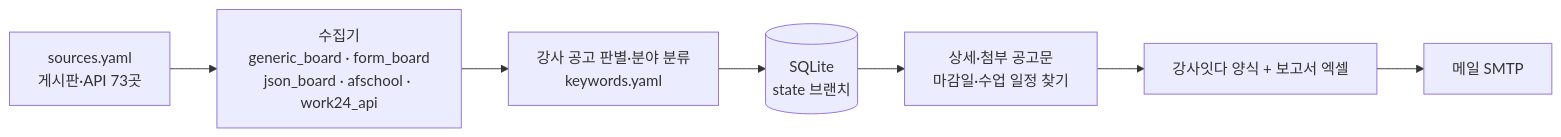
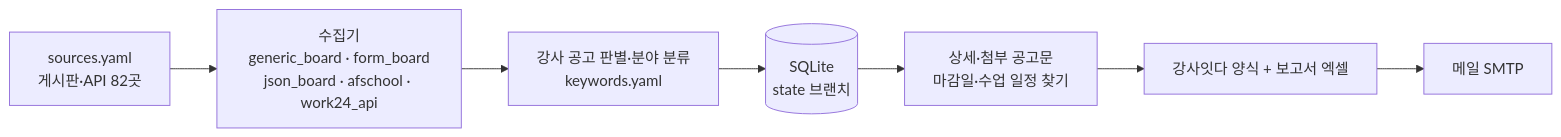
The diagram in docs/DESIGN.md (thskal17-sudo/busan-school-company), drawn with Mermaid before and after one commit. The commit also changed other lines of this file and 6 other files, not shown here.

````diff
--- a/docs/DESIGN.md
+++ b/docs/DESIGN.md
@@ -29,9 +29,9 @@
 ```mermaid
 flowchart LR
-    S[sources.yaml<br/>게시판·API 73곳] --> C[수집기<br/>generic_board · form_board<br/>json_board · afschool · work24_api]
+    S[sources.yaml<br/>게시판·API 82곳] --> C[수집기<br/>generic_board · form_board<br/>json_board · afschool · work24_api]
     C --> F[강사 공고 판별·분야 분류<br/>keywords.yaml]
     F --> D[(SQLite<br/>state 브랜치)]
     D --> I[상세·첨부 공고문<br/>마감일·수업 일정 찾기]
     I --> X[강사잇다 양식 + 보고서 엑셀]
     X --> M[메일 SMTP]
 ```
````
